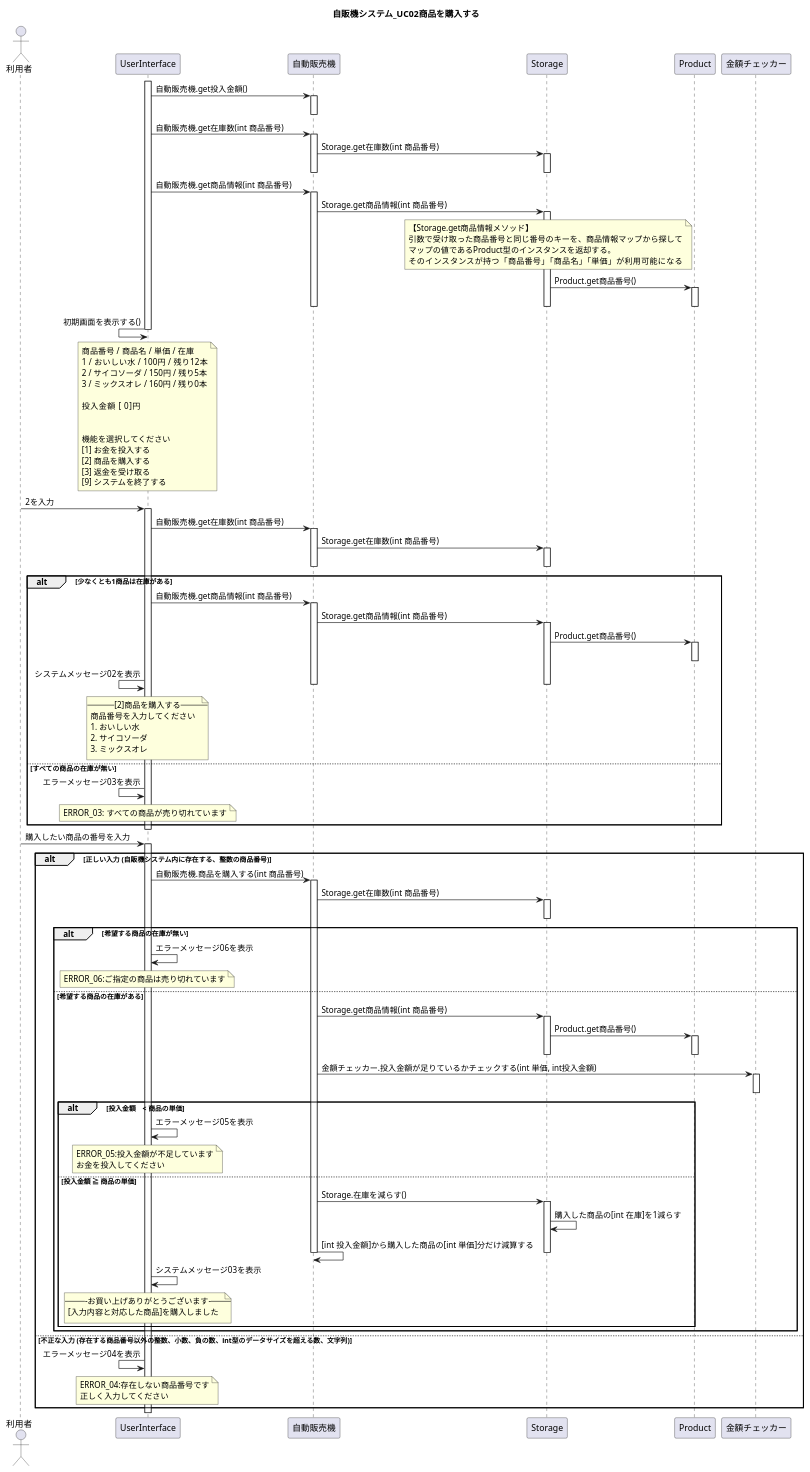
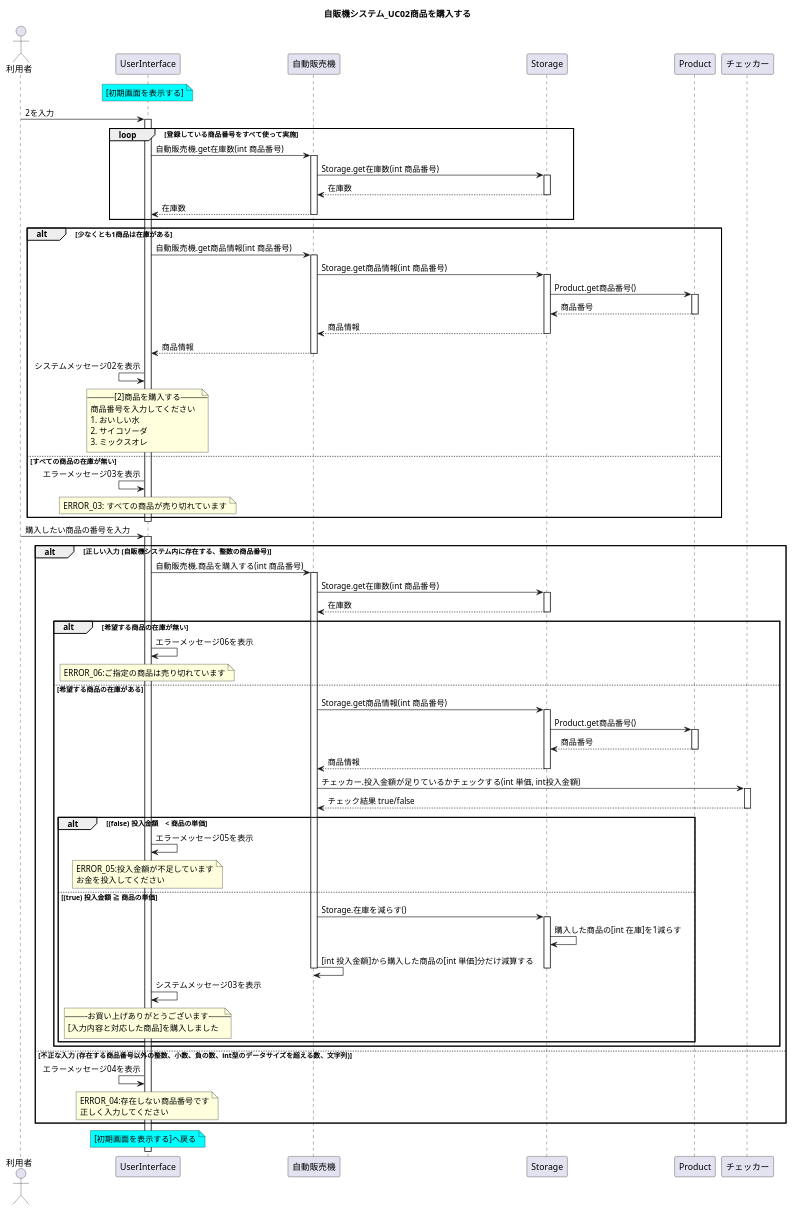
Before and after one commit to W-Nakayama-24/VendingMachine_CUI: the diagram in UML_class_sequence/VendingMachine_sequence02.puml, drawn with PlantUML. The commit also changed 3 other files, not shown here.

Commit message:
FIX classDiag, sequence01-02. CREATE sequenceInit

```diff
--- a/UML_class_sequence/VendingMachine_sequence02.puml
+++ b/UML_class_sequence/VendingMachine_sequence02.puml
@@ -1,176 +1,134 @@
 @startuml
 title 自販機システム_UC02商品を購入する
 
 actor 利用者
-
-activate UserInterface
-
-UserInterface -> 自動販売機 : 自動販売機.get投入金額()
-activate 自動販売機
-deactivate 自動販売機
-
-UserInterface -> 自動販売機 : 自動販売機.get在庫数(int 商品番号)
-activate 自動販売機
-自動販売機 -> Storage : Storage.get在庫数(int 商品番号)
-activate Storage
-
-deactivate Storage
-deactivate 自動販売機
-
-UserInterface -> 自動販売機 : 自動販売機.get商品情報(int 商品番号)
-activate 自動販売機
-自動販売機 -> Storage : Storage.get商品情報(int 商品番号)
-activate Storage
-
-note left of Product
-【Storage.get商品情報メソッド】
-引数で受け取った商品番号と同じ番号のキーを、商品情報マップから探して
-マップの値であるProduct型のインスタンスを返却する。
-そのインスタンスが持つ「商品番号」「商品名」「単価」が利用可能になる
+note over UserInterface #Cyan
+[初期画面を表示する]
 end note
-
-Storage -> Product : Product.get商品番号()
-activate Product
-
-deactivate Product
-deactivate Storage
-deactivate 自動販売機
-deactivate 自動販売機
-
-
-UserInterface <- UserInterface : 初期画面を表示する()
-note over UserInterface
-商品番号 / 商品名 / 単価  / 在庫
-1 / おいしい水   / 100円 / 残り12本
-2 / サイコソーダ / 150円 / 残り5本
-3 / ミックスオレ / 160円 / 残り0本
-
-投入金額 [   0]円
-
-
-機能を選択してください
-[1] お金を投入する
-[2] 商品を購入する
-[3] 返金を受け取る
-[9] システムを終了する
-end note
-deactivate UserInterface
-
 
 利用者 -> UserInterface : 2を入力
 
-'loop 初めに登録した商品番号すべてを使って実施
+loop 登録している商品番号をすべて使って実施
 activate UserInterface
 UserInterface -> 自動販売機 : 自動販売機.get在庫数(int 商品番号)
 activate 自動販売機
 自動販売機 -> Storage : Storage.get在庫数(int 商品番号)
 activate Storage
-
-deactivate Product
+自動販売機 <-- Storage : 在庫数
 deactivate Storage
+UserInterface <-- 自動販売機 : 在庫数
 deactivate 自動販売機
-'end loop
+end loop
 
 alt 少なくとも1商品は在庫がある
     UserInterface -> 自動販売機 : 自動販売機.get商品情報(int 商品番号)
     activate 自動販売機
     自動販売機 -> Storage : Storage.get商品情報(int 商品番号)
     activate Storage
 
     Storage -> Product : Product.get商品番号()
     activate Product
+    Storage <-- Product : 商品番号
+    deactivate Product
+    自動販売機 <-- Storage : 商品情報 
+    deactivate Storage
+    UserInterface <-- 自動販売機 : 商品情報
+    deactivate 自動販売機
 
-    deactivate Product
     UserInterface <- UserInterface : システムメッセージ02を表示
     note over UserInterface
     --[2]商品を購入する--
     商品番号を入力してください
     1. おいしい水
     2. サイコソーダ
     3. ミックスオレ
     end note
-    deactivate Storage
-    deactivate 自動販売機
 
 else すべての商品の在庫が無い
     UserInterface <- UserInterface : エラーメッセージ03を表示
     note over UserInterface
     ERROR_03: すべての商品が売り切れています
     end note
 
 end
 deactivate UserInterface
 
 利用者 -> UserInterface : 購入したい商品の番号を入力
 
 activate UserInterface
 
 alt 正しい入力 (自販機システム内に存在する、整数の商品番号)
 
     UserInterface -> 自動販売機 : 自動販売機.商品を購入する(int 商品番号)
     activate 自動販売機
-
     自動販売機 -> Storage : Storage.get在庫数(int 商品番号)
     activate Storage
+    自動販売機 <-- Storage : 在庫数
     deactivate Storage
 
     alt 希望する商品の在庫が無い
 
         UserInterface -> UserInterface : エラーメッセージ06を表示
         note over UserInterface
         ERROR_06:ご指定の商品は売り切れています
         end note
 
 
     else 希望する商品の在庫がある
 
         自動販売機 -> Storage : Storage.get商品情報(int 商品番号)
         activate Storage
         Storage -> Product : Product.get商品番号()
         activate Product
+        Storage <-- Product : 商品番号
         deactivate Product
+        自動販売機 <-- Storage : 商品情報 
         deactivate Storage
 
-        自動販売機 -> 金額チェッカー : 金額チェッカー.投入金額が足りているかチェックする(int 単価, int投入金額)
-        activate 金額チェッカー
-        deactivate 金額チェッカー
+        自動販売機 -> チェッカー : チェッカー.投入金額が足りているかチェックする(int 単価, int投入金額)
+        activate チェッカー
+        自動販売機 <-- チェッカー : チェック結果 true/false
+        deactivate チェッカー
 
-        alt 投入金額　< 商品の単価
+        alt (false) 投入金額　< 商品の単価
 
             UserInterface -> UserInterface : エラーメッセージ05を表示
             note over UserInterface
             ERROR_05:投入金額が不足しています
             お金を投入してください
             end note
 
-        else 投入金額 ≧ 商品の単価
+        else (true) 投入金額 ≧ 商品の単価
 
             自動販売機 -> Storage : Storage.在庫を減らす()
             activate Storage
             Storage -> Storage : 購入した商品の[int 在庫]を1減らす
             自動販売機 -> 自動販売機 : [int 投入金額]から購入した商品の[int 単価]分だけ減算する
             deactivate Storage
             deactivate 自動販売機
 
             UserInterface -> UserInterface : システムメッセージ03を表示
             note over UserInterface
             ---お買い上げありがとうございます---
             [入力内容と対応した商品]を購入しました
             end note
             
         end
 
 
     end
 
 else 不正な入力 (存在する商品番号以外の整数、小数、負の数、int型のデータサイズを超える数、文字列)
     UserInterface <- UserInterface : エラーメッセージ04を表示
     note over UserInterface
     ERROR_04:存在しない商品番号です
     正しく入力してください
     end note
-
   
 end
 
+note over UserInterface #Cyan
+[初期画面を表示する]へ戻る
+end note
+
 @enduml
```
